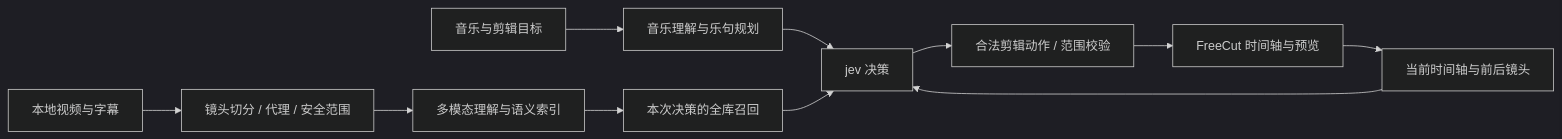
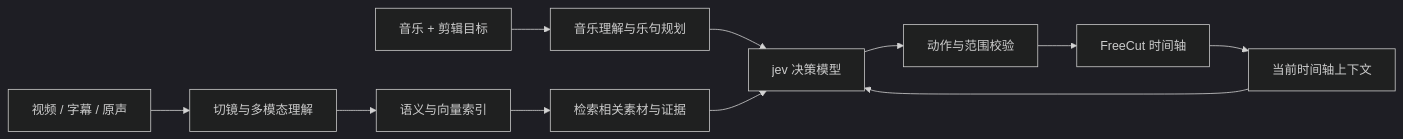
Before and after one commit to chenbaiyujason/jev-cut: the diagram in README.md, drawn with Mermaid (dark theme). The commit also changed other lines of this file and 1 other file, not shown here.

````diff
--- a/README.md
+++ b/README.md
@@ -9,13 +49,13 @@
 ```mermaid
 flowchart LR
-  A[本地视频与字幕] --> B[镜头切分 / 代理 / 安全范围]
-  B --> C[多模态理解与语义索引]
-  M[音乐与剪辑目标] --> P[音乐理解与乐句规划]
-  P --> D[jev 决策]
-  C --> R[本次决策的全库召回]
+  A[视频 / 字幕 / 原声] --> B[切镜与多模态理解]
+  B --> C[语义与向量索引]
+  M[音乐 + 剪辑目标] --> P[音乐理解与乐句规划]
+  C --> R[检索相关素材与证据]
+  P --> D[jev 决策模型]
   R --> D
-  T[当前时间轴与前后镜头] --> D
-  D --> E[合法剪辑动作 / 范围校验]
-  E --> F[FreeCut 时间轴与预览]
-  F --> T
+  T[当前时间轴上下文] --> D
+  D --> V[动作与范围校验]
+  V --> E[FreeCut 时间轴]
+  E --> T
 ```
````
